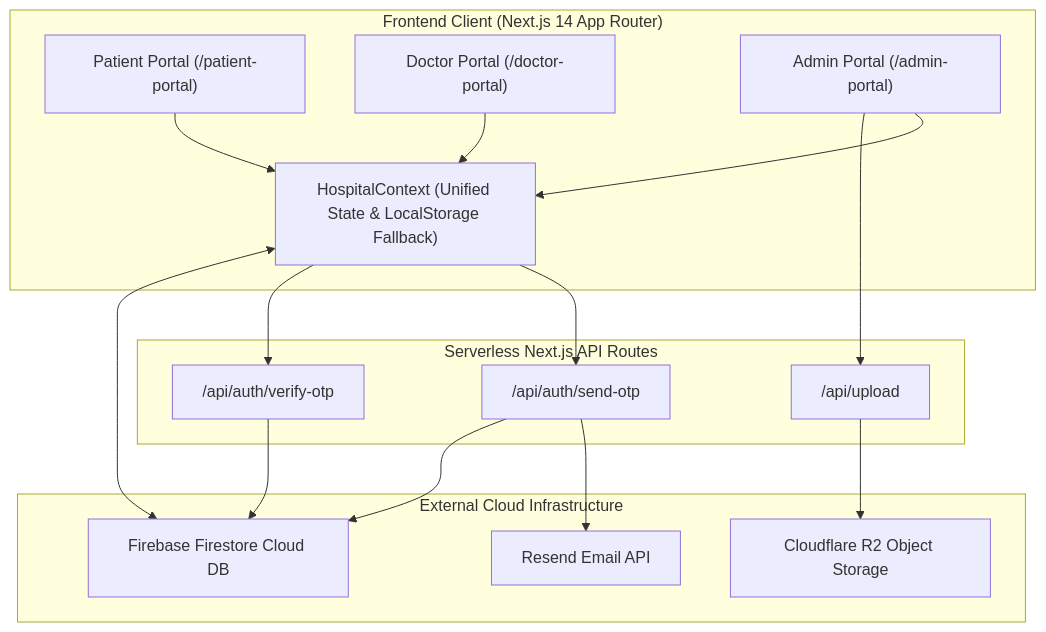
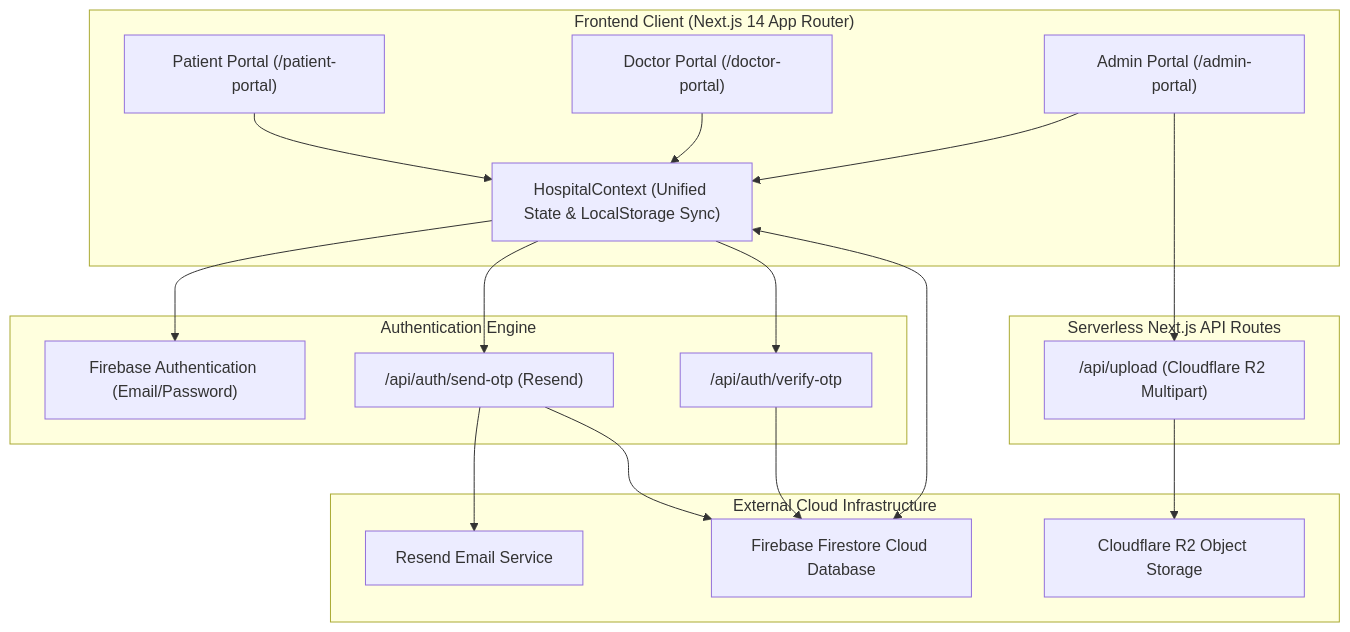
One commit to Thanzeerwork/hospital-administration changed the diagram in README.md. Above: the diagram before and after it, drawn with Mermaid. The commit also changed other lines of this file, not shown here.

````diff
--- a/README.md
+++ b/README.md
@@ -60,35 +65,40 @@
 ```mermaid
 flowchart TD
     subgraph Client["Frontend Client (Next.js 14 App Router)"]
         P_UI["Patient Portal (/patient-portal)"]
         D_UI["Doctor Portal (/doctor-portal)"]
         A_UI["Admin Portal (/admin-portal)"]
-        State["HospitalContext (Unified State & LocalStorage Fallback)"]
+        State["HospitalContext (Unified State & LocalStorage Sync)"]
+    end
+
+    subgraph Auth["Authentication Engine"]
+        FB_Auth["Firebase Authentication (Email/Password)"]
+        OTP_Send["/api/auth/send-otp (Resend)"]
+        OTP_Verify["/api/auth/verify-otp"]
     end
 
     subgraph APIs["Serverless Next.js API Routes"]
-        OTP_Send["/api/auth/send-otp"]
-        OTP_Verify["/api/auth/verify-otp"]
-        Upload["/api/upload"]
+        Upload["/api/upload (Cloudflare R2 Multipart)"]
     end
 
     subgraph Cloud["External Cloud Infrastructure"]
-        Resend_API["Resend Email API"]
-        Firestore_DB["Firebase Firestore Cloud DB"]
+        Resend_API["Resend Email Service"]
+        Firestore_DB["Firebase Firestore Cloud Database"]
         R2_Bucket["Cloudflare R2 Object Storage"]
     end
 
     P_UI --> State
     D_UI --> State
     A_UI --> State
 
+    State --> FB_Auth
     State --> OTP_Send
     State --> OTP_Verify
     A_UI --> Upload
 
     OTP_Send --> Resend_API
     OTP_Send --> Firestore_DB
     OTP_Verify --> Firestore_DB
     Upload --> R2_Bucket
     State <--> Firestore_DB
 ```
````
